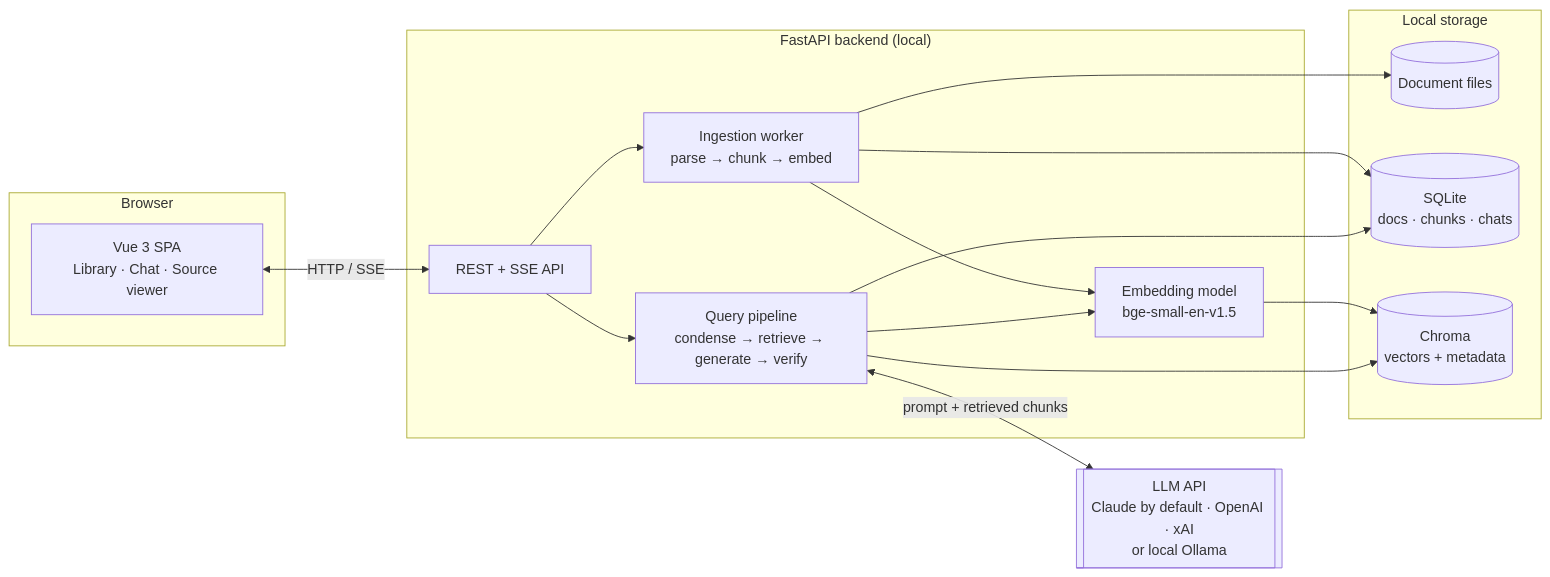
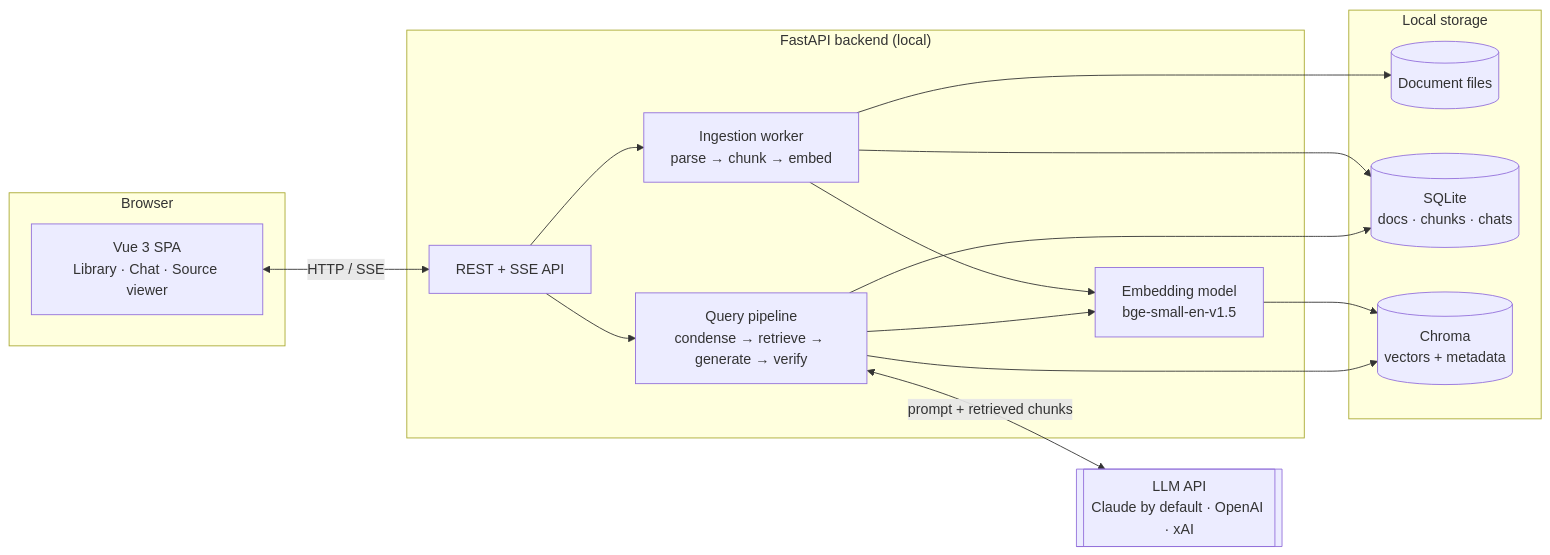
The first of 4 diagrams in spec/LocalLangchainChatbot_SystemDesign.md (andy09292002/langchain-chatbot-v2-gill-me-software-factory), drawn with Mermaid before and after one commit. The commit also changed other lines of this file and 5 other files, not shown here.

````diff
--- a/spec/LocalLangchainChatbot_SystemDesign.md
+++ b/spec/LocalLangchainChatbot_SystemDesign.md
@@ -83,32 +83,32 @@
 ```mermaid
 flowchart LR
     subgraph Browser
         UI[Vue 3 SPA<br/>Library · Chat · Source viewer]
     end
 
     subgraph Backend["FastAPI backend (local)"]
         API[REST + SSE API]
         ING[Ingestion worker<br/>parse → chunk → embed]
         QRY[Query pipeline<br/>condense → retrieve → generate → verify]
         EMB[Embedding model<br/>bge-small-en-v1.5]
     end
 
     subgraph Storage["Local storage"]
         FS[(Document files)]
         SQL[(SQLite<br/>docs · chunks · chats)]
         VDB[(Chroma<br/>vectors + metadata)]
     end
 
-    CLAUDE[[LLM API<br/>Claude by default · OpenAI · xAI<br/>or local Ollama]]
+    CLAUDE[[LLM API<br/>Claude by default · OpenAI · xAI]]
 
     UI <-->|HTTP / SSE| API
     API --> ING
     API --> QRY
     ING --> FS
     ING --> SQL
     ING --> EMB --> VDB
     QRY --> EMB
     QRY --> VDB
     QRY --> SQL
     QRY <-->|prompt + retrieved chunks| CLAUDE
 ```
````
